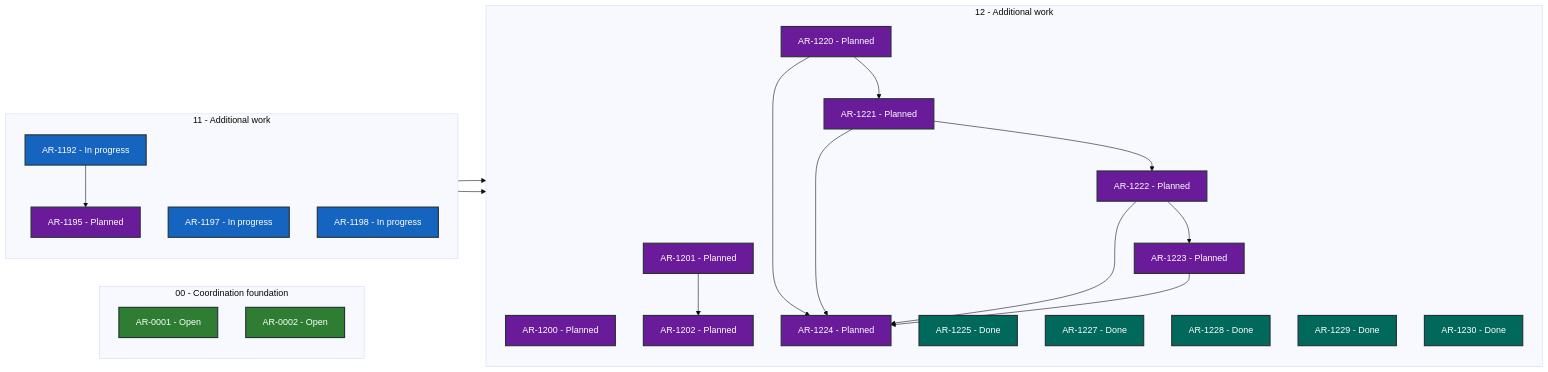
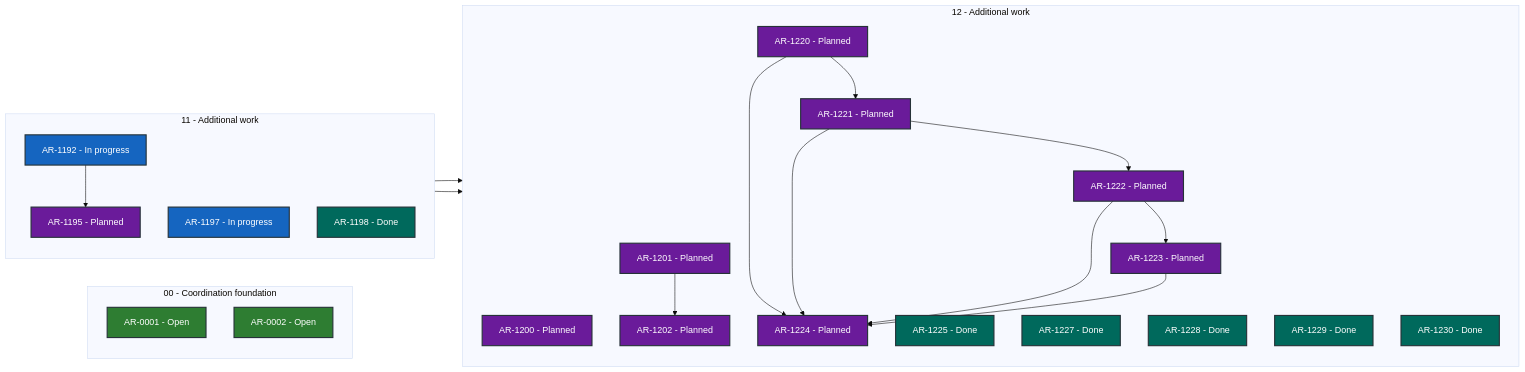
The diagram in STATUS.md (martin-beck/asb-tui-state), drawn with Mermaid (base theme) before and after one commit. The commit also changed other lines of this file and 2 other files, not shown here.

````diff
--- a/STATUS.md
+++ b/STATUS.md
@@ -27,50 +27,50 @@
 ```mermaid
 flowchart LR
     subgraph series_00["00 - Coordination foundation"]
         direction TB
         AR_0001["AR-0001 - Open"]:::status_open
         AR_0002["AR-0002 - Open"]:::status_open
     end
     subgraph series_11["11 - Additional work"]
         direction TB
         AR_1192["AR-1192 - In progress"]:::status_in_progress
         AR_1195["AR-1195 - Planned"]:::status_planned
         AR_1197["AR-1197 - In progress"]:::status_in_progress
-        AR_1198["AR-1198 - In progress"]:::status_in_progress
+        AR_1198["AR-1198 - Done"]:::status_done
     end
     subgraph series_12["12 - Additional work"]
         direction TB
         AR_1200["AR-1200 - Planned"]:::status_planned
         AR_1201["AR-1201 - Planned"]:::status_planned
         AR_1202["AR-1202 - Planned"]:::status_planned
         AR_1220["AR-1220 - Planned"]:::status_planned
         AR_1221["AR-1221 - Planned"]:::status_planned
         AR_1222["AR-1222 - Planned"]:::status_planned
         AR_1223["AR-1223 - Planned"]:::status_planned
         AR_1224["AR-1224 - Planned"]:::status_planned
         AR_1225["AR-1225 - Done"]:::status_done
         AR_1227["AR-1227 - Done"]:::status_done
         AR_1228["AR-1228 - Done"]:::status_done
         AR_1229["AR-1229 - Done"]:::status_done
         AR_1230["AR-1230 - Done"]:::status_done
     end
     AR_1192 --> AR_1195
     AR_1195 --> AR_1200
     AR_1197 --> AR_1201
     AR_1201 --> AR_1202
     AR_1220 --> AR_1221
     AR_1220 --> AR_1224
     AR_1221 --> AR_1222
     AR_1221 --> AR_1224
     AR_1222 --> AR_1223
     AR_1222 --> AR_1224
     AR_1223 --> AR_1224
     classDef status_in_progress fill:#1565c0,color:#ffffff,stroke:#263238,stroke-width:2px
     classDef status_open fill:#2e7d32,color:#ffffff,stroke:#263238,stroke-width:2px
     classDef status_blocked fill:#c62828,color:#ffffff,stroke:#263238,stroke-width:2px
     classDef status_planned fill:#6a1b9a,color:#ffffff,stroke:#263238,stroke-width:2px
     classDef status_future fill:#455a64,color:#ffffff,stroke:#263238,stroke-width:2px
     classDef status_done fill:#00695c,color:#ffffff,stroke:#263238,stroke-width:2px
     classDef status_cancelled fill:#616161,color:#ffffff,stroke:#263238,stroke-width:2px
     classDef status_superseded fill:#5d4037,color:#ffffff,stroke:#263238,stroke-width:2px
 ```
````
